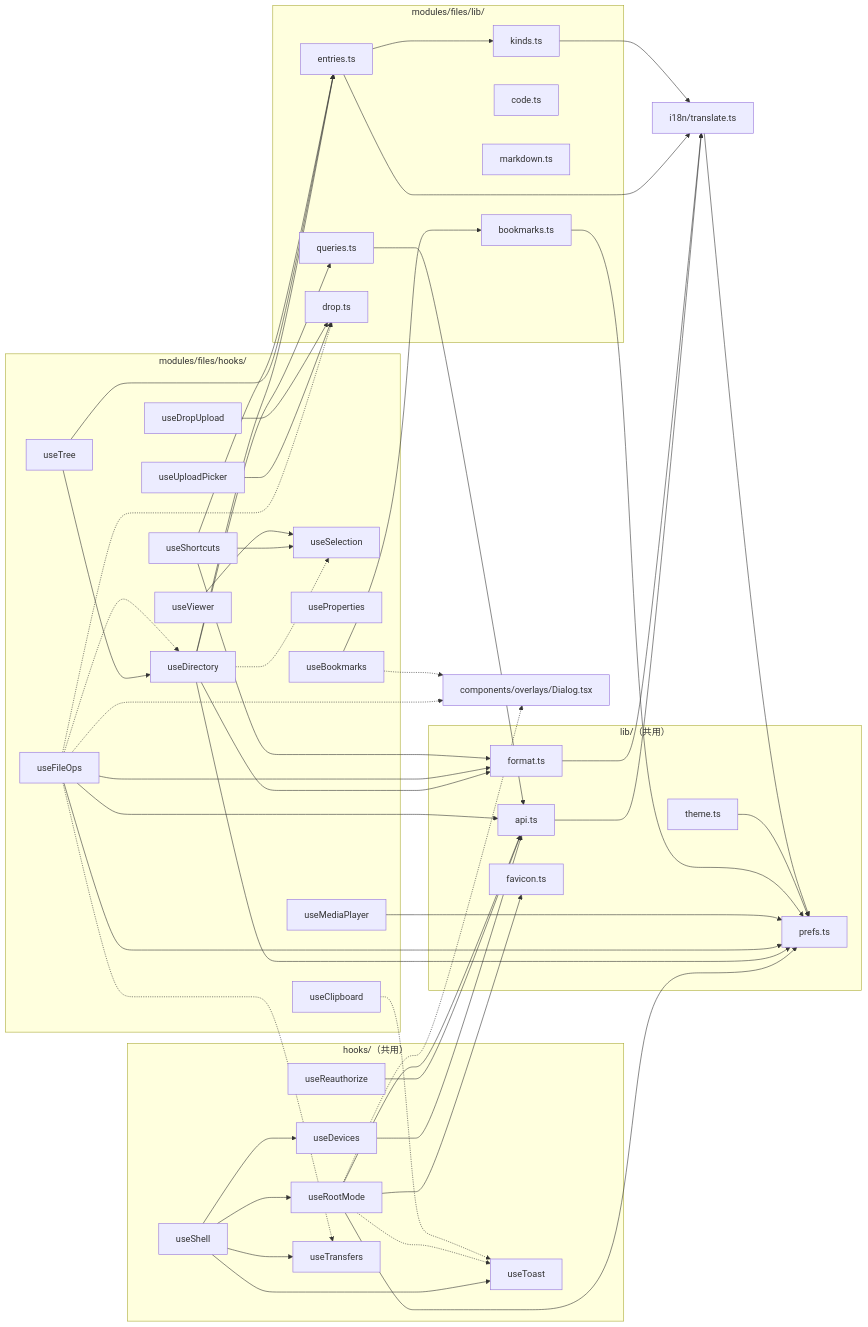
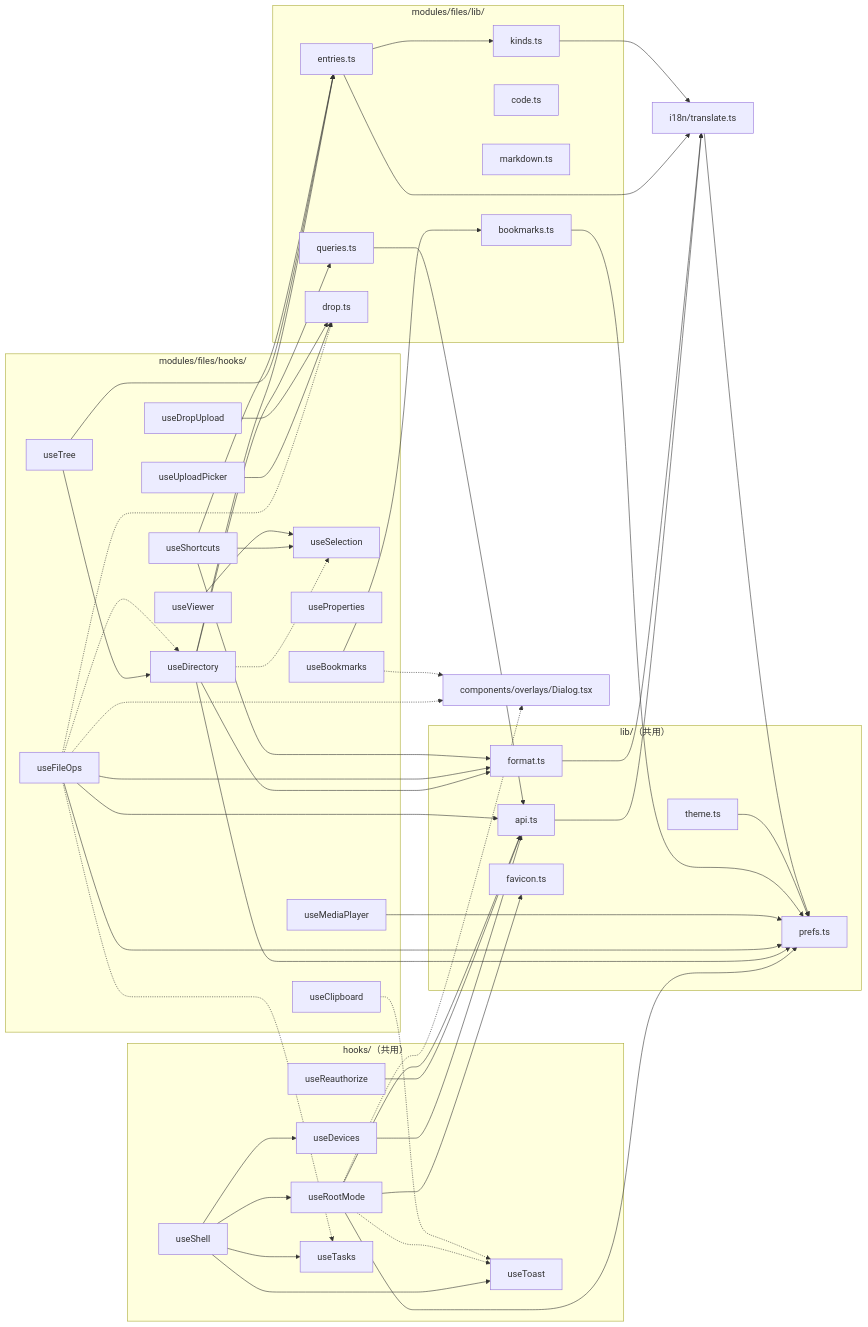
The sixth of 12 diagrams in docs/architecture.md (wynnyu/adb-file-manager), drawn with Mermaid before and after one commit. The commit also changed other lines of this file and 20 other files, not shown here.

```diff
--- a/docs/architecture.md
+++ b/docs/architecture.md
@@ -255,7 +255,7 @@
     useDevices
     useReauthorize
     useRootMode
-    useTransfers
+    useTasks
     useToast
   end
 
@@ -298,7 +298,7 @@
   useShell --> useDevices
   useShell --> useRootMode
   useShell --> useToast
-  useShell --> useTransfers
+  useShell --> useTasks
   useDevices --> api
   useReauthorize --> api
   useRootMode --> api
@@ -317,7 +317,7 @@
   useFileOps --> format
   useFileOps --> prefs
   useFileOps -.-> useDirectory
-  useFileOps -.-> useTransfers
+  useFileOps -.-> useTasks
   useFileOps -.-> drop
   useFileOps -.-> Dialog
   useClipboard -.-> useToast
```
